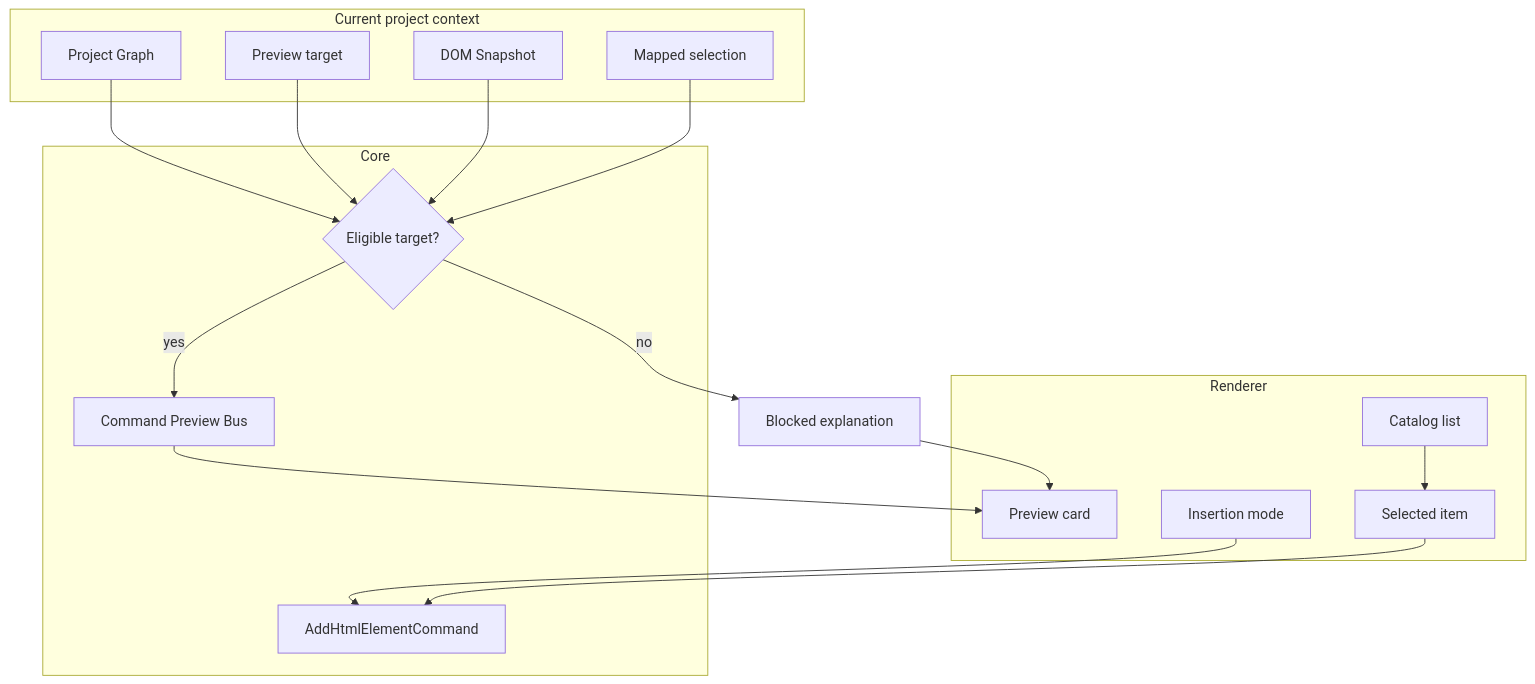
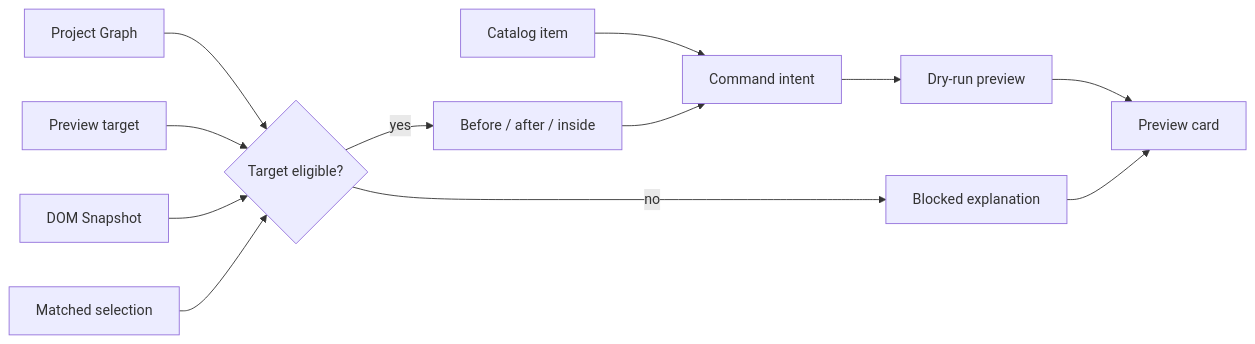
One commit to krestosa/Crystal changed the diagram in docs/architecture/commands/html-element-library.md. Above: the diagram before and after it, drawn with Mermaid. The commit also changed other lines of this file and 60 other files, not shown here.

````diff
--- a/docs/architecture/commands/html-element-library.md
+++ b/docs/architecture/commands/html-element-library.md
@@ -66,31 +47,14 @@
 ```mermaid
-flowchart TD
-  subgraph Renderer[Renderer]
-    Catalog[Catalog list]
-    Item[Selected item]
-    Mode[Insertion mode]
-    Preview[Preview card]
-  end
-
-  subgraph Context[Current project context]
-    Graph[Project Graph]
-    Target[Preview target]
-    Snapshot[DOM Snapshot]
-    Selection[Mapped selection]
-  end
-
-  subgraph Core[Core]
-    Eligibility{Eligible target?}
-    Command[AddHtmlElementCommand]
-    Bus[Command Preview Bus]
-  end
-
-  Catalog --> Item --> Command
-  Mode --> Command
-  Graph --> Eligibility
-  Target --> Eligibility
-  Snapshot --> Eligibility
-  Selection --> Eligibility
-  Eligibility -->|yes| Bus --> Preview
-  Eligibility -->|no| Blocked[Blocked explanation] --> Preview
+flowchart LR
+  Catalog[Catalog item] --> Command[Command intent]
+  Graph[Project Graph] --> Eligibility{Target eligible?}
+  Preview[Preview target] --> Eligibility
+  Snapshot[DOM Snapshot] --> Eligibility
+  Selection[Matched selection] --> Eligibility
+  Eligibility -->|yes| Modes[Before / after / inside]
+  Modes --> Command
+  Command --> PreviewBus[Dry-run preview]
+  Eligibility -->|no| Reason[Blocked explanation]
+  PreviewBus --> Panel[Preview card]
+  Reason --> Panel
 ```
````
